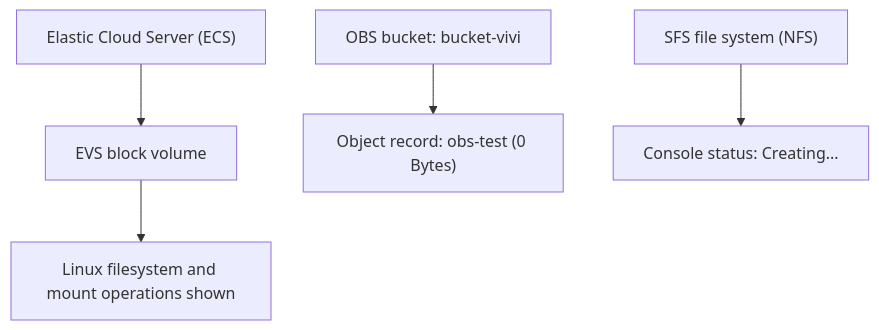
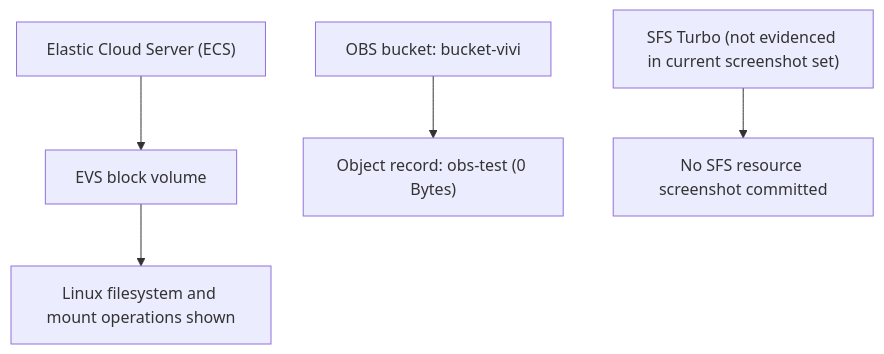
Before and after one commit to Pegasus-sudo/cloud-labs: the diagram in huawei-cloud/04-storage-services/README.md, drawn with Mermaid. The commit also changed other lines of this file, not shown here.

Commit message:
docs(huawei): correct storage evidence status

````diff
--- a/huawei-cloud/04-storage-services/README.md
+++ b/huawei-cloud/04-storage-services/README.md
@@ -86,15 +75,15 @@
 ```mermaid
 flowchart TB
     ECS["Elastic Cloud Server (ECS)"]
     EVS["EVS block volume"]
     LINUX["Linux filesystem and mount operations shown"]
     OBS["OBS bucket: bucket-vivi"]
     OBJECT["Object record: obs-test (0 Bytes)"]
-    SFS["SFS file system (NFS)"]
-    STATUS["Console status: Creating..."]
+    SFS["SFS Turbo (not evidenced in current screenshot set)"]
+    STATUS["No SFS resource screenshot committed"]
 
     ECS --> EVS
     EVS --> LINUX
     OBS --> OBJECT
     SFS --> STATUS
 ```
````
